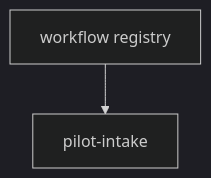
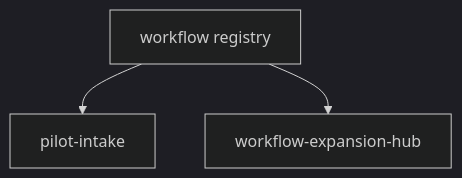
One commit to martymcmillan22/gr_project changed the diagram in workflow/visualizations/feature-dependency-graph.mmd. Above: the diagram before and after it, drawn with Mermaid (dark theme). The commit also changed 27 other files, not shown here.

```diff
--- a/workflow/visualizations/feature-dependency-graph.mmd
+++ b/workflow/visualizations/feature-dependency-graph.mmd
@@ -1,3 +1,4 @@
 graph TD
     WORKFLOW[workflow registry]
     WORKFLOW --> FEATURE_pilot_intake[pilot-intake]
+    WORKFLOW --> FEATURE_workflow_expansion_hub[workflow-expansion-hub]
```
